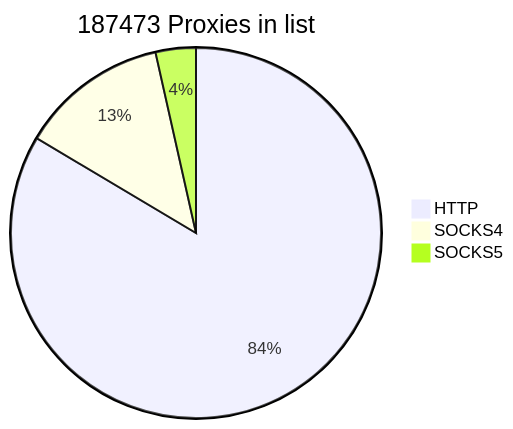
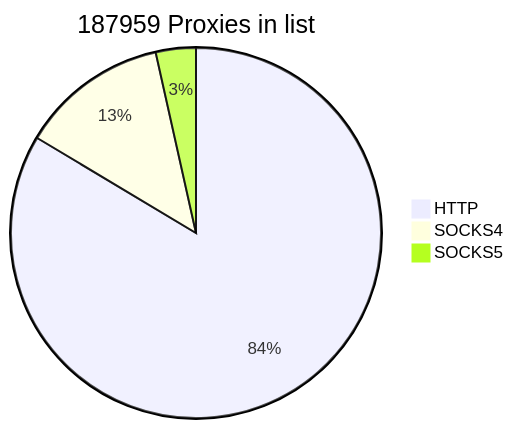
The first of 2 diagrams in README.md (cutipu/proxylist), drawn with Mermaid before and after one commit. The commit also changed other lines of this file, not shown here.

````diff
--- a/README.md
+++ b/README.md
@@ -2,7 +2,7 @@
 ```mermaid
-pie title 187473 Proxies in list
-    "HTTP" : 156623
-    "SOCKS4" : 24266
-    "SOCKS5" : 6584
+pie title 187959 Proxies in list
+    "HTTP" : 157099
+    "SOCKS4" : 24288
+    "SOCKS5" : 6572
             
 ```
````
